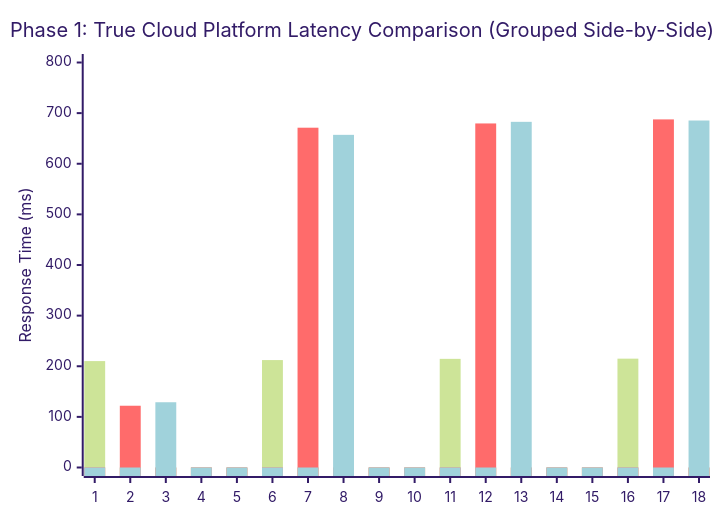
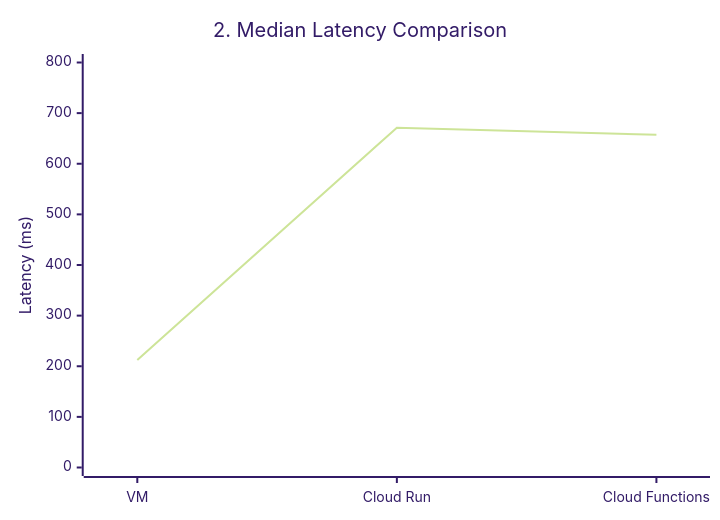
The second of 5 diagrams in submission/phase1_report.md (mshchukin/EURECOM-Clouds-Lab-2026), drawn with Mermaid (forest theme) before and after one commit. The commit also changed other lines of this file, not shown here.

First line of the commit message:
Enhance cloud latency report with detailed comparisons

````diff
--- a/submission/phase1_report.md
+++ b/submission/phase1_report.md
@@ -30,9 +37,7 @@
 ```mermaid
 xychart-beta
-    title "Phase 1: True Cloud Platform Latency Comparison (Grouped Side-by-Side)"
-    x-axis ["1", "2", "3", "4", "5", "6", "7", "8", "9", "10", "11", "12", "13", "14", "15", "16", "17", "18"]
-    y-axis "Response Time (ms)" 0 --> 800
-    bar "Compute Engine VM" [210.2, 0, 0, 0, 0, 212.2, 0, 0, 0, 0, 214.6, 0, 0, 0, 0, 215.0, 0, 0]
-    bar "Cloud Run" [0, 122.0, 0, 0, 0, 0, 671.2, 0, 0, 0, 0, 679.6, 0, 0, 0, 0, 687.6, 0]
-    bar "Cloud Functions" [0, 0, 128.9, 0, 0, 0, 0, 657.1, 0, 0, 0, 0, 682.8, 0, 0, 0, 0, 685.4]
+    title "2. Median Latency Comparison"
+    x-axis ["VM", "Cloud Run", "Cloud Functions"]
+    y-axis "Latency (ms)" 0 --> 800
+    line "Median Latency" [212.2, 671.2, 657.1]
 ```
````
